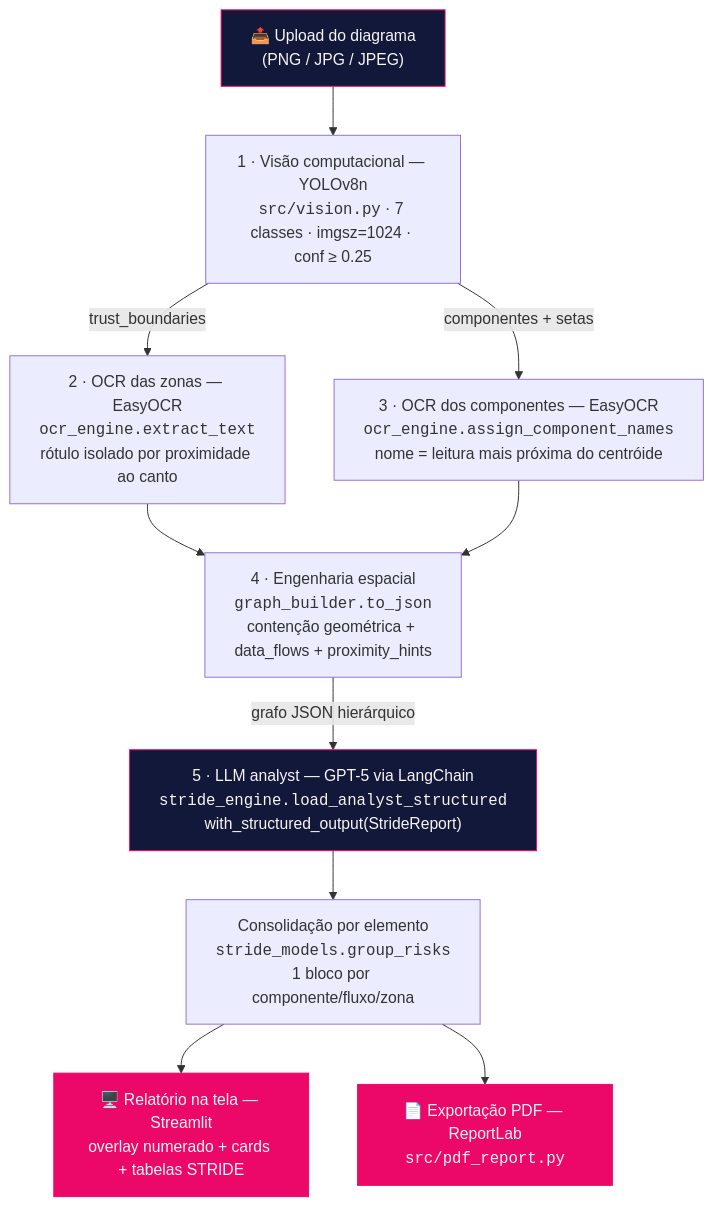
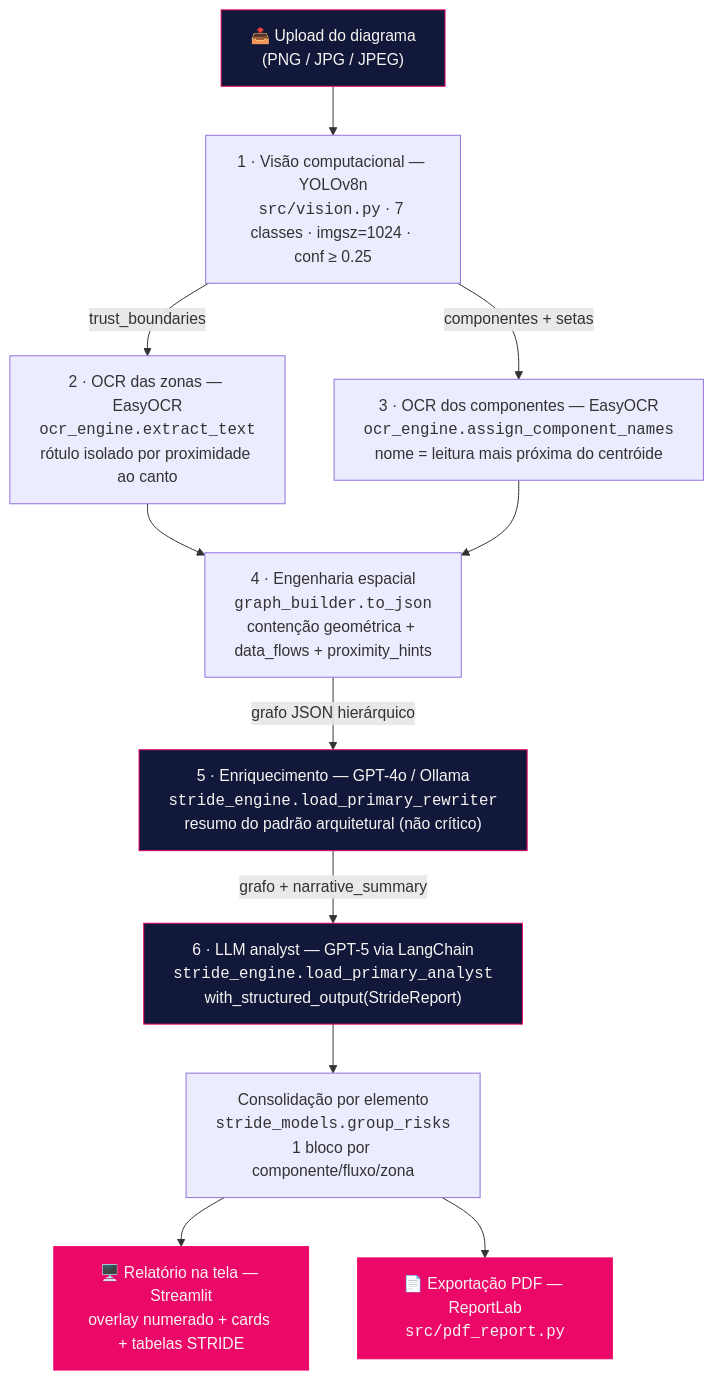
One commit to GustavoLimaMartins/hackathon-stride-ai changed the diagram in README.md. Above: the diagram before and after it, drawn with Mermaid. The commit also changed other lines of this file and 12 other files, not shown here.

````diff
--- a/README.md
+++ b/README.md
@@ -59,22 +59,25 @@
 ```mermaid
 flowchart TD
     U["📤 Upload do diagrama<br/>(PNG / JPG / JPEG)"] --> V["1 · Visão computacional — YOLOv8n<br/><code>src/vision.py</code> · 7 classes · imgsz=1024 · conf ≥ 0.25"]
 
     V -->|"trust_boundaries"| O1["2 · OCR das zonas — EasyOCR<br/><code>ocr_engine.extract_text</code><br/>rótulo isolado por proximidade ao canto"]
     V -->|"componentes + setas"| O2["3 · OCR dos componentes — EasyOCR<br/><code>ocr_engine.assign_component_names</code><br/>nome = leitura mais próxima do centróide"]
 
     O1 --> G["4 · Engenharia espacial<br/><code>graph_builder.to_json</code><br/>contenção geométrica + data_flows + proximity_hints"]
     O2 --> G
 
-    G -->|"grafo JSON hierárquico"| L["5 · LLM analyst — GPT-5 via LangChain<br/><code>stride_engine.load_analyst_structured</code><br/>with_structured_output(StrideReport)"]
+    G -->|"grafo JSON hierárquico"| R["5 · Enriquecimento — GPT-4o / Ollama<br/><code>stride_engine.load_primary_rewriter</code><br/>resumo do padrão arquitetural (não crítico)"]
+
+    R -->|"grafo + narrative_summary"| L["6 · LLM analyst — GPT-5 via LangChain<br/><code>stride_engine.load_primary_analyst</code><br/>with_structured_output(StrideReport)"]
 
     L --> C["Consolidação por elemento<br/><code>stride_models.group_risks</code><br/>1 bloco por componente/fluxo/zona"]
 
     C --> UI["🖥️ Relatório na tela — Streamlit<br/>overlay numerado + cards + tabelas STRIDE"]
     C --> PDF["📄 Exportação PDF — ReportLab<br/><code>src/pdf_report.py</code>"]
 
     style U fill:#12183A,stroke:#EC0868,color:#F7F5F3
+    style R fill:#12183A,stroke:#EC0868,color:#F7F5F3
     style L fill:#12183A,stroke:#EC0868,color:#F7F5F3
     style UI fill:#EC0868,stroke:#EC0868,color:#F7F5F3
     style PDF fill:#EC0868,stroke:#EC0868,color:#F7F5F3
 ```
````
